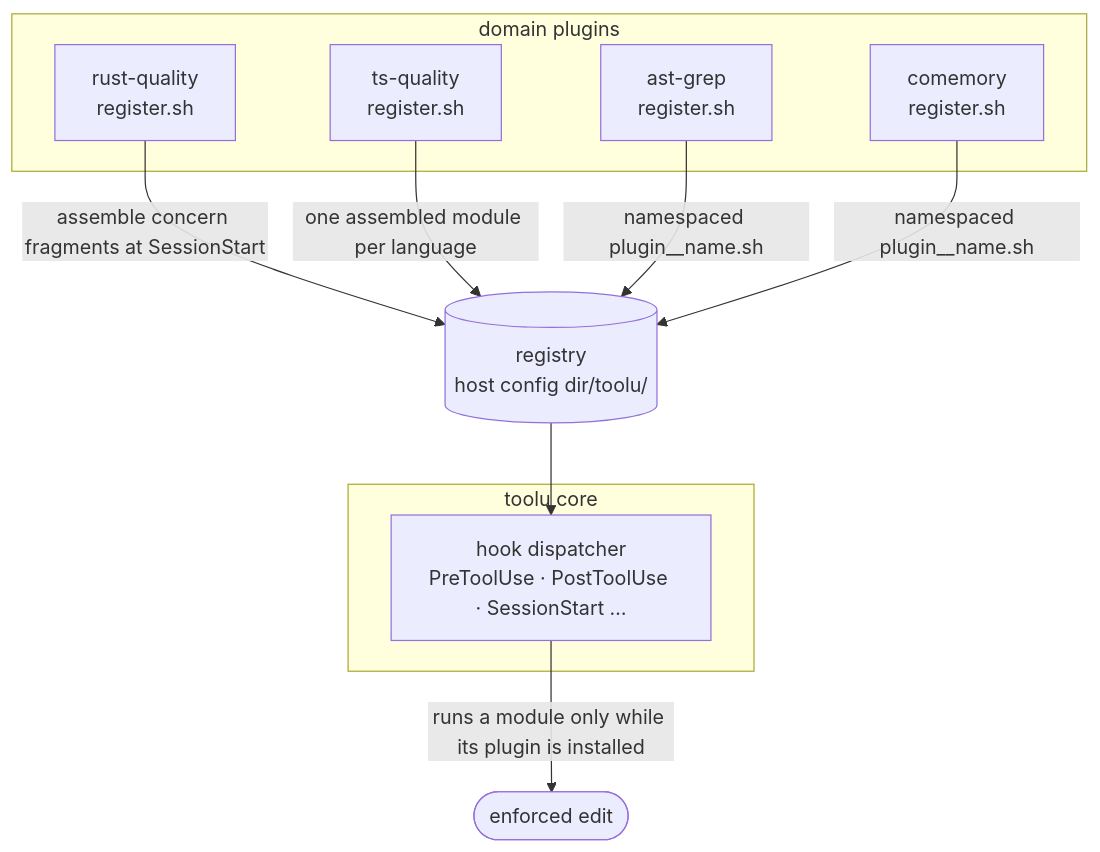
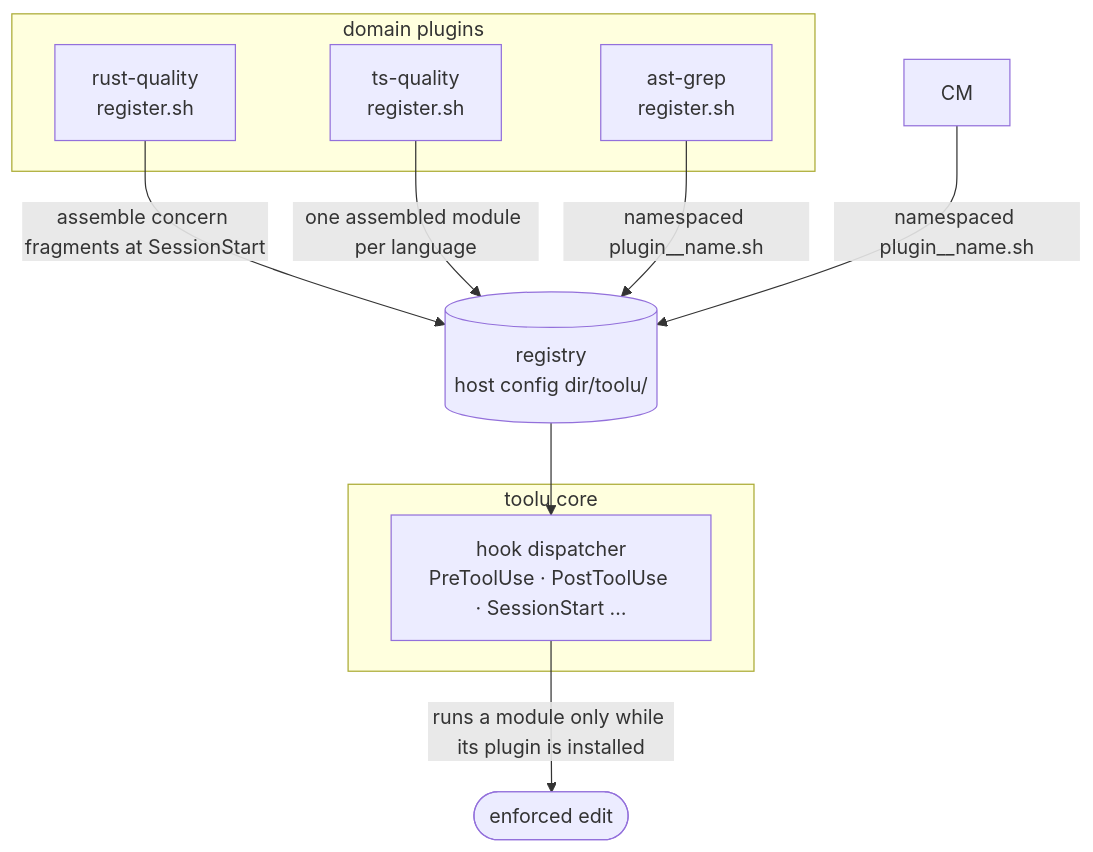
One commit to Falconiere/toolu changed the second of 2 diagrams in README.md. Above: the diagram before and after it, drawn with Mermaid. The commit also changed other lines of this file and 71 other files, not shown here.

````diff
--- a/README.md
+++ b/README.md
@@ -223,18 +220,17 @@
 ```mermaid
 flowchart TD
     subgraph core["toolu core"]
         D["hook dispatcher<br/>PreToolUse · PostToolUse · SessionStart …"]
     end
     subgraph plugins["domain plugins"]
         RQ["rust-quality<br/>register.sh"]
         TQ["ts-quality<br/>register.sh"]
         AG["ast-grep<br/>register.sh"]
-        CM["comemory<br/>register.sh"]
     end
     RQ -- "assemble concern fragments at SessionStart" --> R[("registry<br/>host config dir/toolu/")]
     TQ -- "one assembled module per language" --> R
     AG -- "namespaced plugin__name.sh" --> R
     CM -- "namespaced plugin__name.sh" --> R
     R --> D
     D -- "runs a module only while its plugin is installed" --> OUT([enforced edit])
 ```
````
